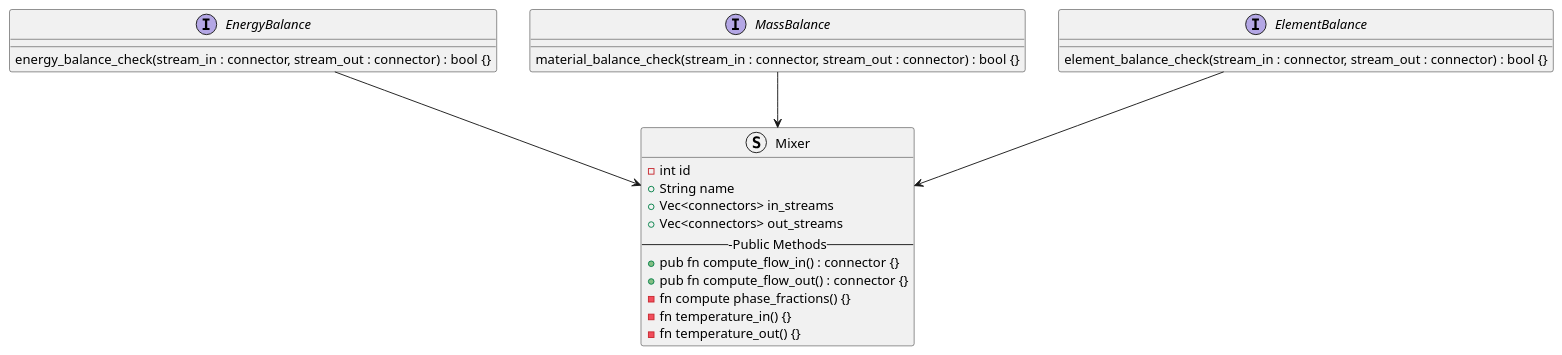
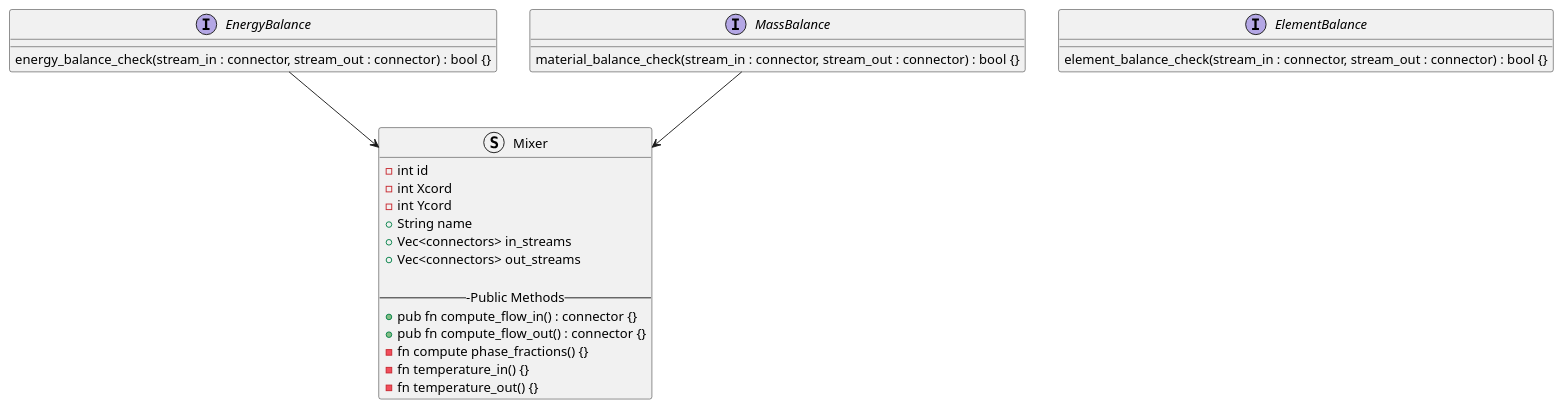
The diagram in blocks-module/blocks-module.puml (OSCPS-Project/OSCPS-UML), drawn with PlantUML before and after one commit. The commit also changed 1 other file, not shown here.

```diff
--- a/blocks-module/blocks-module.puml
+++ b/blocks-module/blocks-module.puml
@@ -1,38 +1,40 @@
 @startuml Blocks_Module_Class_Diagram
 
 Interface EnergyBalance {
   energy_balance_check(stream_in : connector, stream_out : connector) : bool {} 
 }
 
 Interface MassBalance {
   material_balance_check(stream_in : connector, stream_out : connector) : bool {}  
 }
 
 
 Interface ElementBalance {
   element_balance_check(stream_in : connector, stream_out : connector) : bool {}
 }
 
 
 
 
 
 Struct Mixer {
   - int id
+  - int Xcord
+  - int Ycord
   + String name
   + Vec<connectors> in_streams
   + Vec<connectors> out_streams
+
   ---Public Methods--
   + pub fn compute_flow_in() : connector {}
   + pub fn compute_flow_out() : connector {}
   - fn compute phase_fractions() {}
   - fn temperature_in() {}
   - fn temperature_out() {}
 }
 
 EnergyBalance --> Mixer
 MassBalance --> Mixer
-ElementBalance --> Mixer
 
 
 @enduml
```
